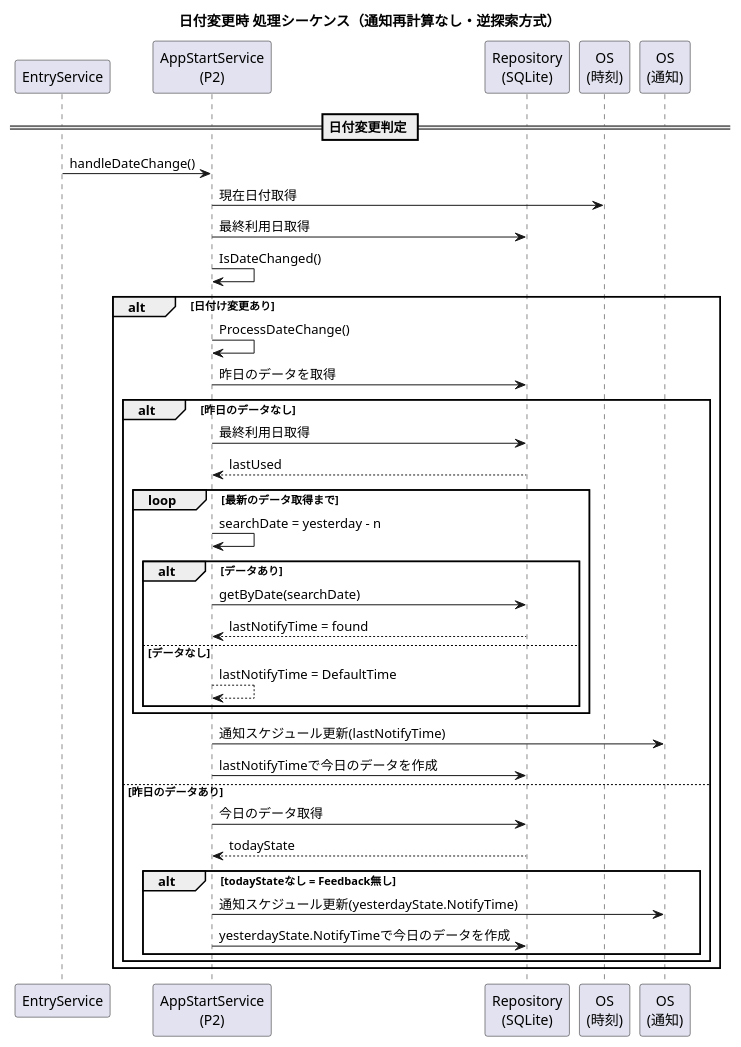
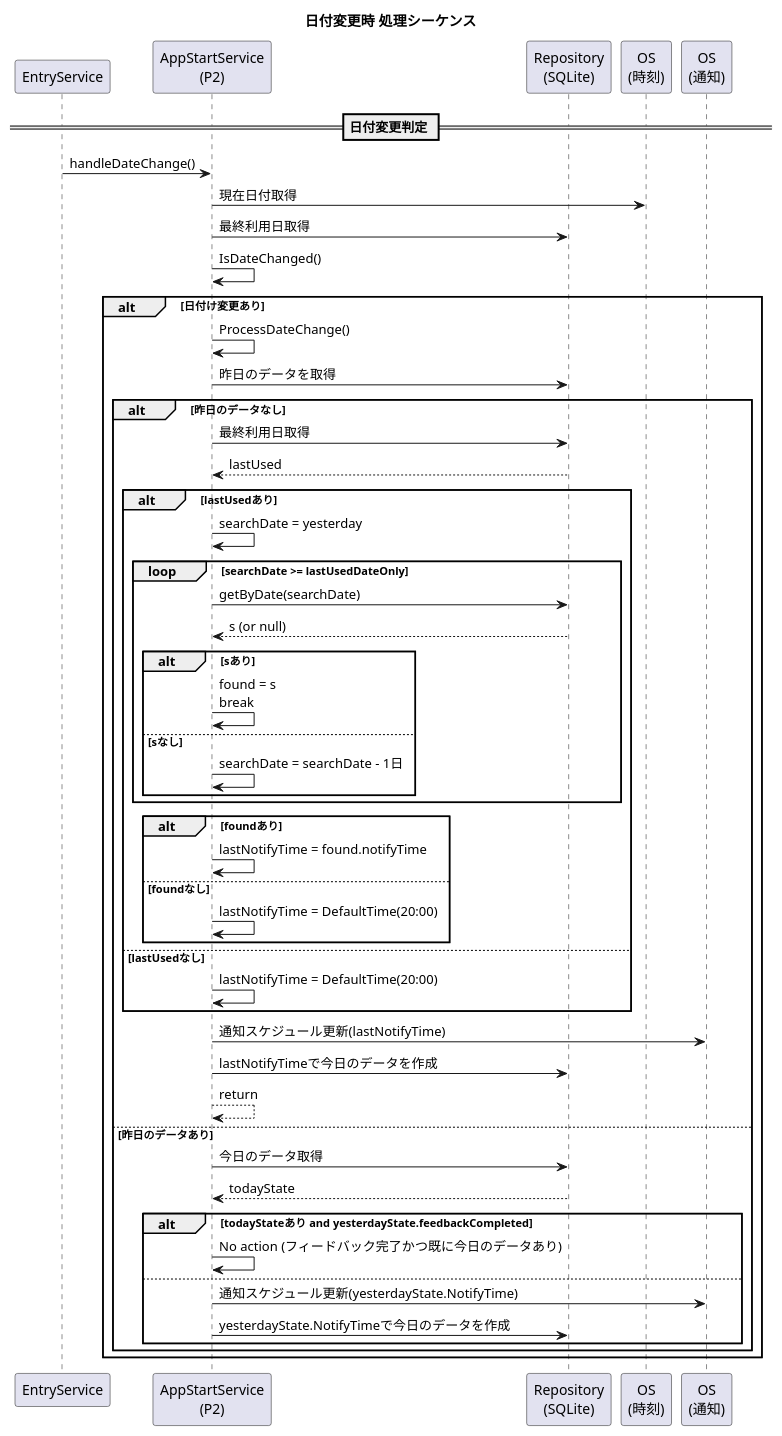
One commit to akamatrixxx/justtime changed the diagram in assets/specifications/詳細設計/シーケンス図/03_日付変更時処理シーケンス.pu. Above: the diagram before and after it, drawn with PlantUML. The commit also changed 3 other files, not shown here.

Commit message:
シーケンス図の修正

```diff
--- a/assets/specifications/詳細設計/シーケンス図/03_日付変更時処理シーケンス.pu
+++ b/assets/specifications/詳細設計/シーケンス図/03_日付変更時処理シーケンス.pu
@@ -1,45 +1,58 @@
 @startuml
-title 日付変更時 処理シーケンス（通知再計算なし・逆探索方式）
+title 日付変更時 処理シーケンス
 
 participant "EntryService" as Entry
 participant "AppStartService\n(P2)" as P2
 participant "Repository\n(SQLite)" as DB
 participant "OS\n(時刻)" as OS_Time
 participant "OS\n(通知)" as OS_Notify
 
 == 日付変更判定 ==
 Entry -> P2 : handleDateChange()
 P2 -> OS_Time : 現在日付取得
 P2 -> DB : 最終利用日取得
 P2 -> P2 : IsDateChanged()
 
 alt 日付け変更あり
   P2 -> P2 : ProcessDateChange()
   P2 -> DB : 昨日のデータを取得
-    alt 昨日のデータなし
-      P2 -> DB : 最終利用日取得
-      DB --> P2 : lastUsed
-      loop 最新のデータ取得まで
-        P2 -> P2 : searchDate = yesterday - n
-        alt データあり
+  alt 昨日のデータなし
+    P2 -> DB : 最終利用日取得
+    DB --> P2 : lastUsed
+    alt lastUsedあり
+      P2 -> P2 : searchDate = yesterday
+      loop searchDate >= lastUsedDateOnly
         P2 -> DB : getByDate(searchDate)
-        DB --> P2 : lastNotifyTime = found
-        else データなし
-        P2 --> P2 : lastNotifyTime = DefaultTime
-        end // データなし
+        DB --> P2 : s (or null)
+        alt sあり
+          P2 -> P2 : found = s \nbreak
+        else sなし
+          P2 -> P2 : searchDate = searchDate - 1日
+        end
       end
-      P2 -> OS_Notify : 通知スケジュール更新(lastNotifyTime)
-      P2 -> DB : lastNotifyTimeで今日のデータを作成
-    else 昨日のデータあり
-      P2 -> DB : 今日のデータ取得
-      DB --> P2 : todayState       
-      alt todayStateなし = Feedback無し
+      alt foundあり
+        P2 -> P2 : lastNotifyTime = found.notifyTime
+      else foundなし
+        P2 -> P2 : lastNotifyTime = DefaultTime(20:00)
+      end
+    else lastUsedなし
+      P2 -> P2 : lastNotifyTime = DefaultTime(20:00)
+    end
+    P2 -> OS_Notify : 通知スケジュール更新(lastNotifyTime)
+    P2 -> DB : lastNotifyTimeで今日のデータを作成
+    P2 --> P2 : return
+  else 昨日のデータあり
+    P2 -> DB : 今日のデータ取得
+    DB --> P2 : todayState
+    alt todayStateあり and yesterdayState.feedbackCompleted
+      P2 -> P2 : No action (フィードバック完了かつ既に今日のデータあり)
+    else
       P2 -> OS_Notify : 通知スケジュール更新(yesterdayState.NotifyTime)
       P2 -> DB : yesterdayState.NotifyTimeで今日のデータを作成
+    end
   end
 end
 
-end
 
 
 @enduml
```
